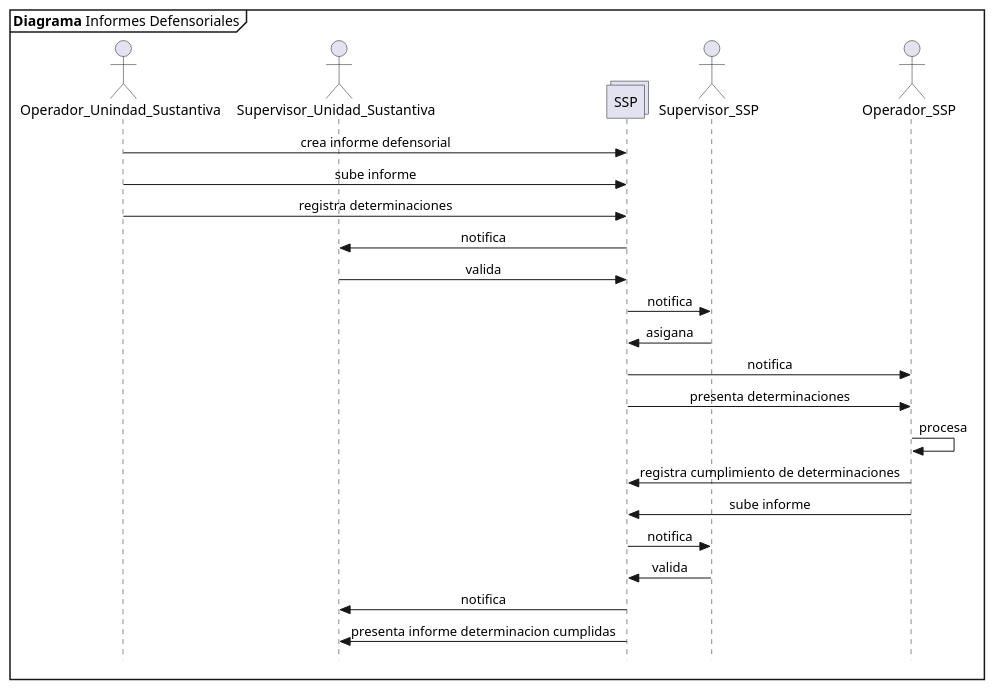
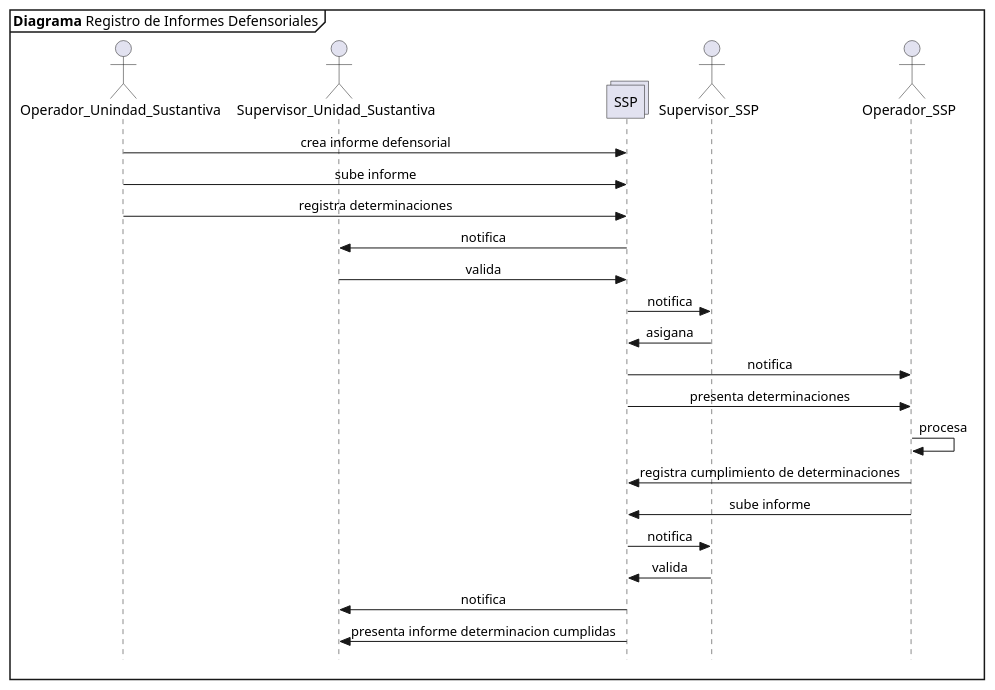
Before and after one commit to n1m0d0/defdiag: the diagram in propuesta SSP/15 registro informes defensoriales.plantuml, drawn with PlantUML. The commit also changed 14 other files, not shown here.

Commit message:
cambio de nombres de diagramas

```diff
--- a/propuesta SSP/15 registro informes defensoriales.plantuml
+++ b/propuesta SSP/15 registro informes defensoriales.plantuml
@@ -1,29 +1,29 @@
 @startuml Diagrama_informes
 skinparam Style strictuml
 skinparam SequenceMessageAlignment center
 
-mainframe **Diagrama** Informes Defensoriales
+mainframe **Diagrama** Registro de Informes Defensoriales
 actor Operador_Unindad_Sustantiva as opeuni
 actor Supervisor_Unidad_Sustantiva as supuni
 collections SSP
 actor Supervisor_SSP as sup
 actor Operador_SSP as opssp
 
 opeuni->SSP: crea informe defensorial
 opeuni->SSP: sube informe
 opeuni->SSP: registra determinaciones
 SSP->supuni: notifica
 supuni->SSP: valida
 SSP->sup: notifica
 sup->SSP: asigana
 SSP->opssp: notifica
 SSP->opssp: presenta determinaciones
 opssp->opssp: procesa
 opssp->SSP:registra cumplimiento de determinaciones
 opssp->SSP: sube informe
 SSP->sup: notifica
 sup->SSP: valida
 SSP->supuni: notifica
 SSP->supuni: presenta informe determinacion cumplidas
 
 @enduml
```
